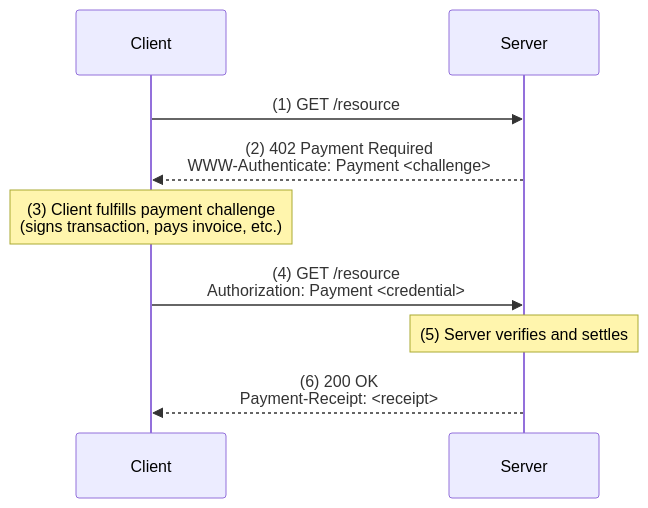
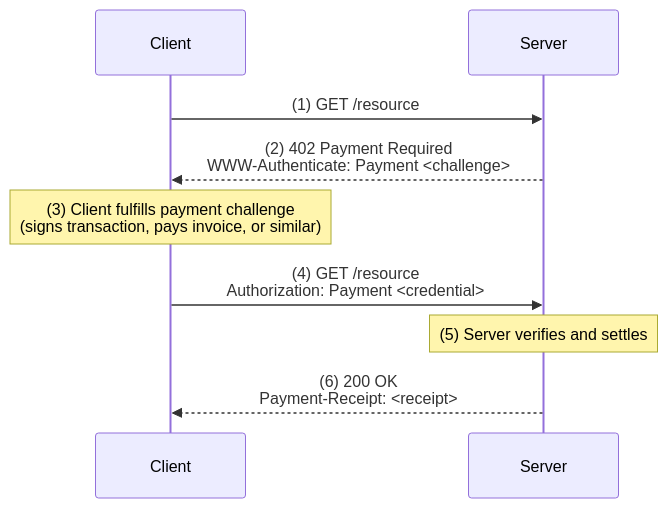
One commit to chopmob-cloud/mpp changed the diagram in src/pages/protocol/index.mdx. Above: the diagram before and after it, drawn with Mermaid. The commit also changed 12 other files, not shown here.

````diff
--- a/src/pages/protocol/index.mdx
+++ b/src/pages/protocol/index.mdx
@@ -11,12 +11,12 @@
 ```mermaid
 sequenceDiagram
     participant Client
     participant Server
 
     Client->>Server: (1) GET /resource
     Server-->>Client: (2) 402 Payment Required<br/>WWW-Authenticate: Payment <challenge>
-    Note over Client: (3) Client fulfills payment challenge<br/>(signs transaction, pays invoice, etc.)
+    Note over Client: (3) Client fulfills payment challenge<br/>(signs transaction, pays invoice, or similar)
     Client->>Server: (4) GET /resource<br/>Authorization: Payment <credential>
     Note over Server: (5) Server verifies and settles
     Server-->>Client: (6) 200 OK<br/>Payment-Receipt: <receipt>
 ```
````
